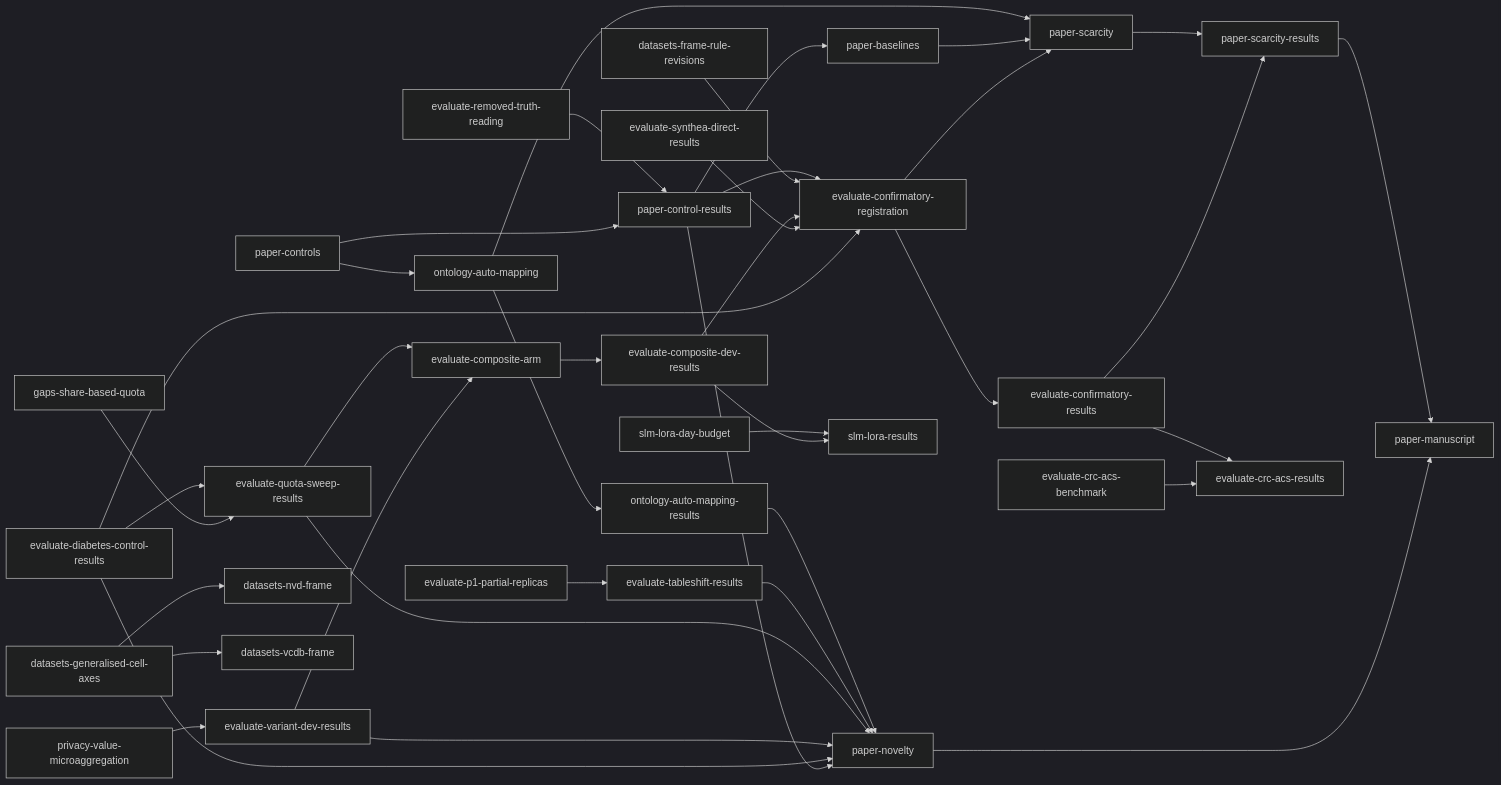
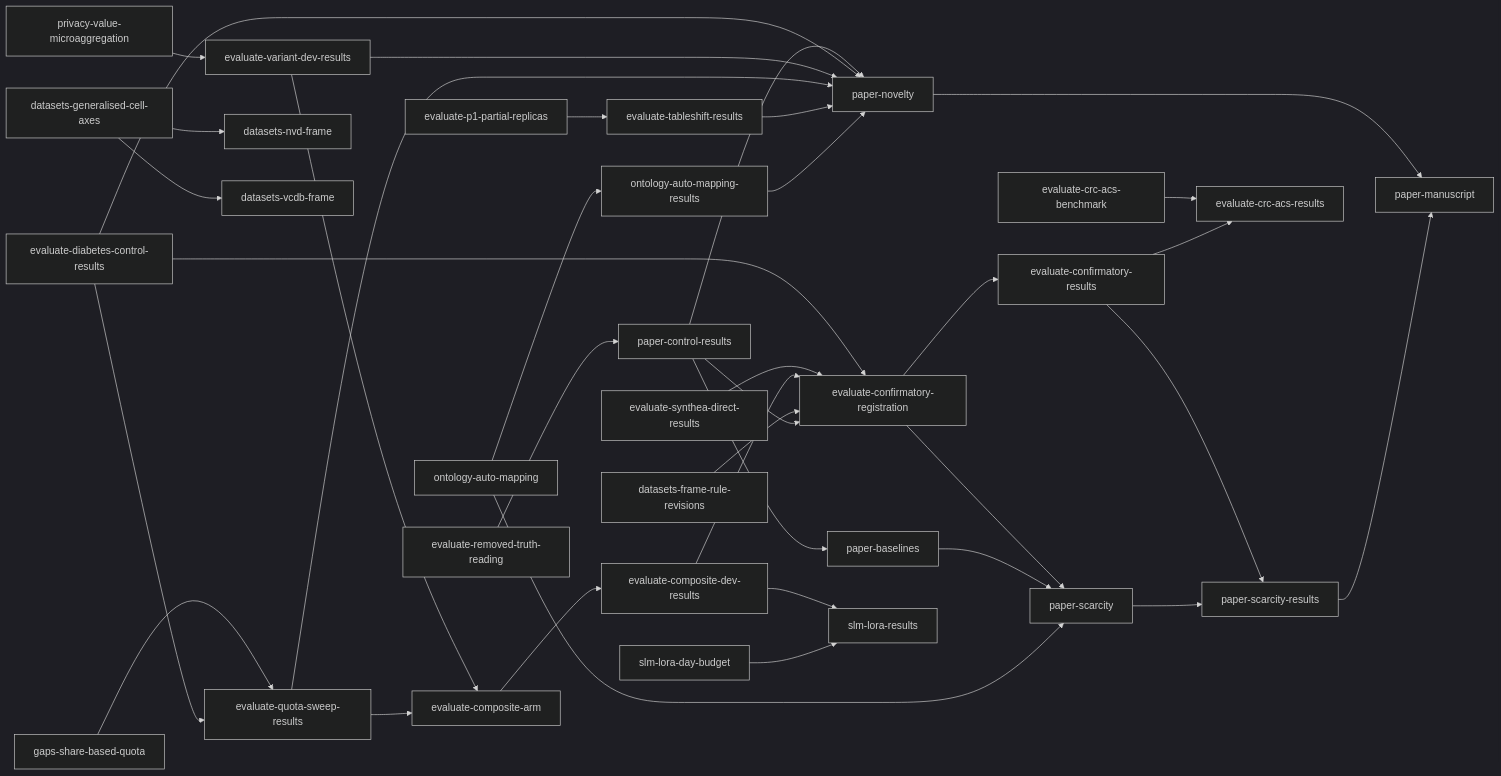
Before and after one commit to joe-dartmouth/synthetic: the diagram in tasks/direct-index.md, drawn with Mermaid (dark theme). The commit also changed other lines of this file and 60 other files, not shown here.

````diff
--- a/tasks/direct-index.md
+++ b/tasks/direct-index.md
@@ -131,40 +129,38 @@
 ```mermaid
 flowchart LR
-    p1[paper-controls] --> p2[paper-control-results]
     p2[paper-control-results] --> p3[paper-baselines]
     u30[evaluate-confirmatory-registration] --> p4[paper-scarcity]
     u31[evaluate-confirmatory-results] --> p5[paper-scarcity-results]
     p3[paper-baselines] --> p4[paper-scarcity]
     p4[paper-scarcity] --> p5[paper-scarcity-results]
     p0[paper-novelty] --> p6[paper-manuscript]
     p5[paper-scarcity-results] --> p6[paper-manuscript]
     u16[privacy-value-microaggregation] --> u19[evaluate-variant-dev-results]
     u20[gaps-share-based-quota] --> u21[evaluate-quota-sweep-results]
     u50[datasets-generalised-cell-axes] --> u52[datasets-nvd-frame]
     u50 --> u53[datasets-vcdb-frame]
     u19 --> u28[evaluate-composite-arm]
     u21 --> u28
     u28 --> u29[evaluate-composite-dev-results]
     u7[evaluate-diabetes-control-results] --> u30[evaluate-confirmatory-registration]
     u8[evaluate-synthea-direct-results] --> u30
     u29 --> u30
     u56[datasets-frame-rule-revisions] --> u30
     u30 --> u31[evaluate-confirmatory-results]
     u54[evaluate-p1-partial-replicas] --> u55[evaluate-tableshift-results]
     u41[evaluate-crc-acs-benchmark] --> u42[evaluate-crc-acs-results]
     u31 --> u42
     u32[ontology-auto-mapping] --> u33[ontology-auto-mapping-results]
     u29 --> u36[slm-lora-results]
     u51[slm-lora-day-budget] --> u36
     u7[evaluate-diabetes-control-results] --> u21[evaluate-quota-sweep-results]
     p2[paper-control-results] --> u30[evaluate-confirmatory-registration]
     p2[paper-control-results] --> p0[paper-novelty]
     u57[evaluate-removed-truth-reading] --> p2[paper-control-results]
-    p1[paper-controls] --> u32[ontology-auto-mapping]
     u32[ontology-auto-mapping] --> p4[paper-scarcity]
     u7[evaluate-diabetes-control-results] --> p0[paper-novelty]
     u19[evaluate-variant-dev-results] --> p0[paper-novelty]
     u21[evaluate-quota-sweep-results] --> p0[paper-novelty]
     u55[evaluate-tableshift-results] --> p0[paper-novelty]
     u33[ontology-auto-mapping-results] --> p0[paper-novelty]
 ```
````
